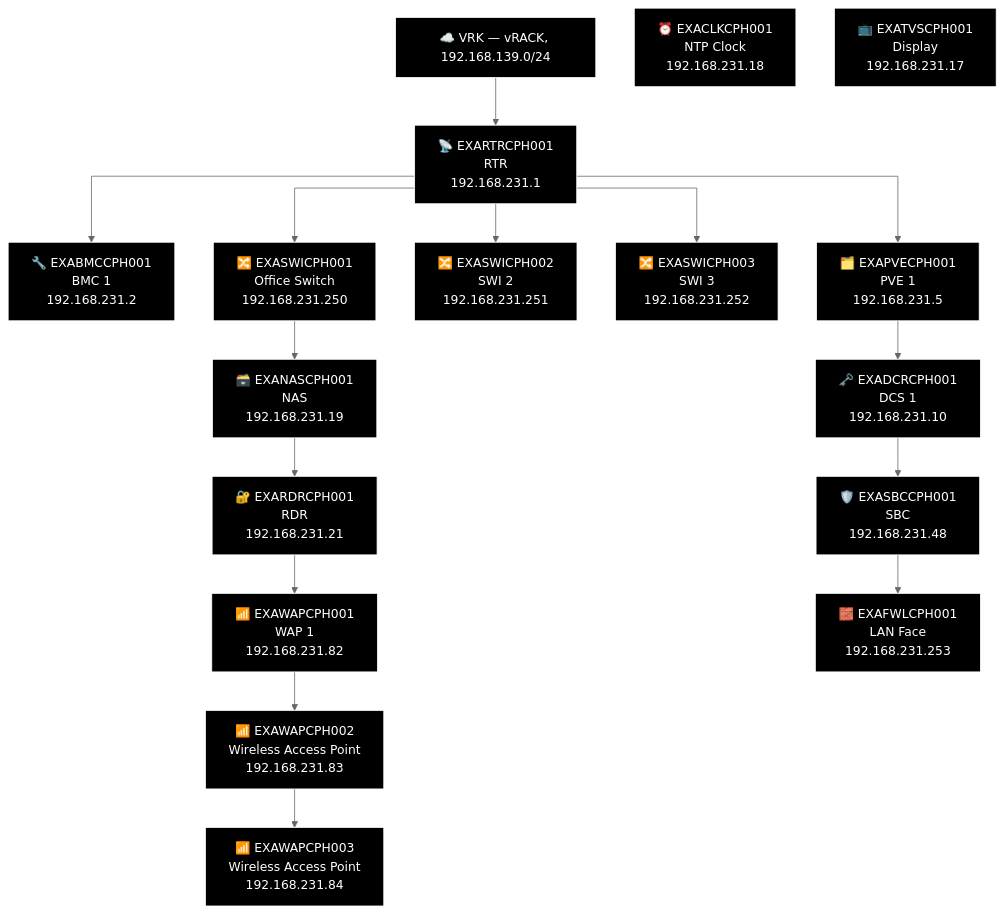
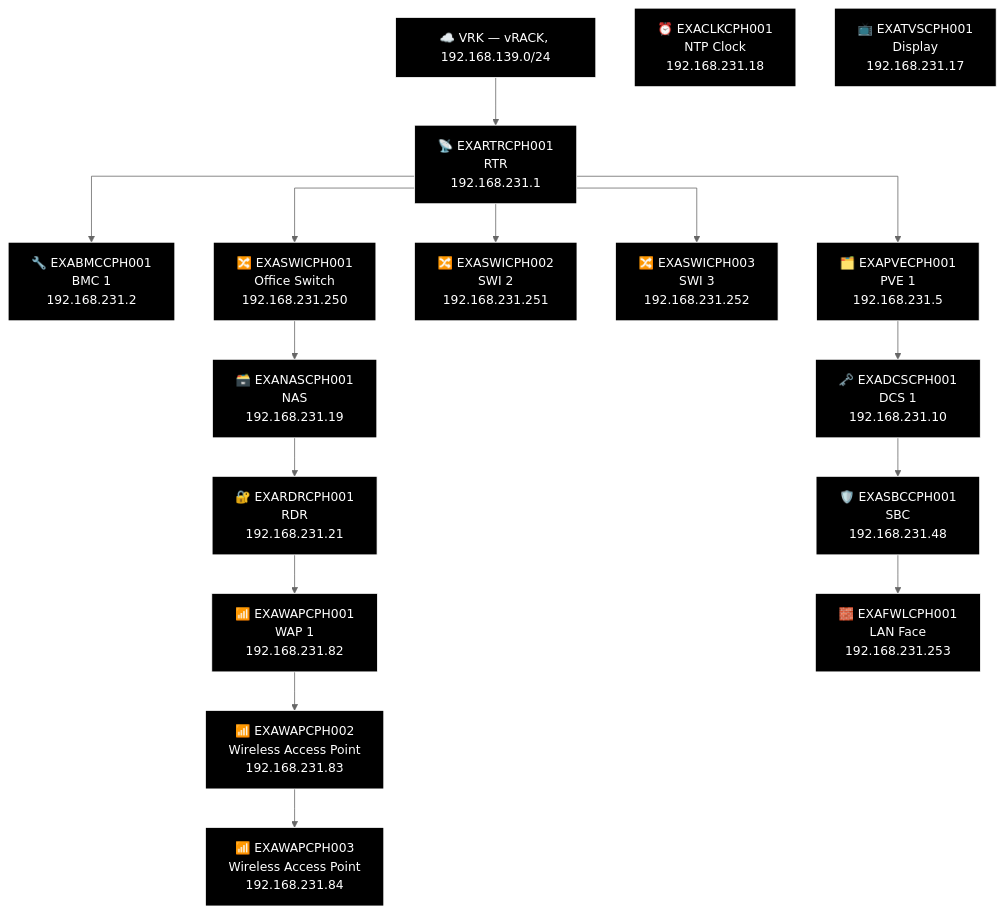
One commit to knightmare2600/example_music_infra changed the third of 23 diagrams in docs/network-diagram/danmark.md. Above: the diagram before and after it, drawn with Mermaid (neutral theme). The commit also changed other lines of this file and 11 other files, not shown here.

````diff
--- a/docs/network-diagram/danmark.md
+++ b/docs/network-diagram/danmark.md
@@ -96,48 +96,48 @@
 ```mermaid
 %% GENERATED:TOPOLOGY:CPH:START
 %%{init: {'flowchart': {'curve': 'stepAfter'}}}%%
 graph TD
     T_VRK["☁️ VRK — vRACK, 192.168.139.0/24"]
     T_RTR["📡 EXARTRCPH001<br/>RTR<br/>192.168.231.1"]
     T_VRK --> T_RTR
     T_BMC["🔧 EXABMCCPH001<br/>BMC 1<br/>192.168.231.2"]
     T_RTR --> T_BMC
     T_PVE["🗂️ EXAPVECPH001<br/>PVE 1<br/>192.168.231.5"]
     T_RTR --> T_PVE
     T_SWI["🔀 EXASWICPH002<br/>SWI 2<br/>192.168.231.251"]
     T_RTR --> T_SWI
     T_SWI2["🔀 EXASWICPH003<br/>SWI 3<br/>192.168.231.252"]
     T_RTR --> T_SWI2
     T_SWI3["🔀 EXASWICPH001<br/>Office Switch<br/>192.168.231.250"]
     T_RTR --> T_SWI3
     T_NAS["🗃️ EXANASCPH001<br/>NAS<br/>192.168.231.19"]
     T_RDR["🔐 EXARDRCPH001<br/>RDR<br/>192.168.231.21"]
     T_WAP["📶 EXAWAPCPH001<br/>WAP 1<br/>192.168.231.82"]
     T_WAP2["📶 EXAWAPCPH002<br/>Wireless Access Point<br/>192.168.231.83"]
     T_WAP3["📶 EXAWAPCPH003<br/>Wireless Access Point<br/>192.168.231.84"]
     T_SWI3 --> T_NAS --> T_RDR --> T_WAP --> T_WAP2 --> T_WAP3
-    T_DCS["🗝️ EXADCRCPH001<br/>DCS 1<br/>192.168.231.10"]
+    T_DCS["🗝️ EXADCSCPH001<br/>DCS 1<br/>192.168.231.10"]
     T_SBC["🛡️ EXASBCCPH001<br/>SBC<br/>192.168.231.48"]
     T_FWL["🧱 EXAFWLCPH001<br/>LAN Face<br/>192.168.231.253"]
     T_PVE --> T_DCS --> T_SBC --> T_FWL
     T_CLK["⏰ EXACLKCPH001<br/>NTP Clock<br/>192.168.231.18"]
     T_TVS["📺 EXATVSCPH001<br/>Display<br/>192.168.231.17"]
     style T_VRK fill:#000000,stroke:#FFFFFF,color:#FFFFFF
     style T_RTR fill:#000000,stroke:#FFFFFF,color:#FFFFFF
     style T_BMC fill:#000000,stroke:#FFFFFF,color:#FFFFFF
     style T_PVE fill:#000000,stroke:#FFFFFF,color:#FFFFFF
     style T_SWI fill:#000000,stroke:#FFFFFF,color:#FFFFFF
     style T_SWI2 fill:#000000,stroke:#FFFFFF,color:#FFFFFF
     style T_SWI3 fill:#000000,stroke:#FFFFFF,color:#FFFFFF
     style T_NAS fill:#000000,stroke:#FFFFFF,color:#FFFFFF
     style T_RDR fill:#000000,stroke:#FFFFFF,color:#FFFFFF
     style T_WAP fill:#000000,stroke:#FFFFFF,color:#FFFFFF
     style T_WAP2 fill:#000000,stroke:#FFFFFF,color:#FFFFFF
     style T_WAP3 fill:#000000,stroke:#FFFFFF,color:#FFFFFF
     style T_DCS fill:#000000,stroke:#FFFFFF,color:#FFFFFF
     style T_SBC fill:#000000,stroke:#FFFFFF,color:#FFFFFF
     style T_FWL fill:#000000,stroke:#FFFFFF,color:#FFFFFF
     style T_CLK fill:#000000,stroke:#FFFFFF,color:#FFFFFF
     style T_TVS fill:#000000,stroke:#FFFFFF,color:#FFFFFF
 %% GENERATED:TOPOLOGY:CPH:END
 ```
````
